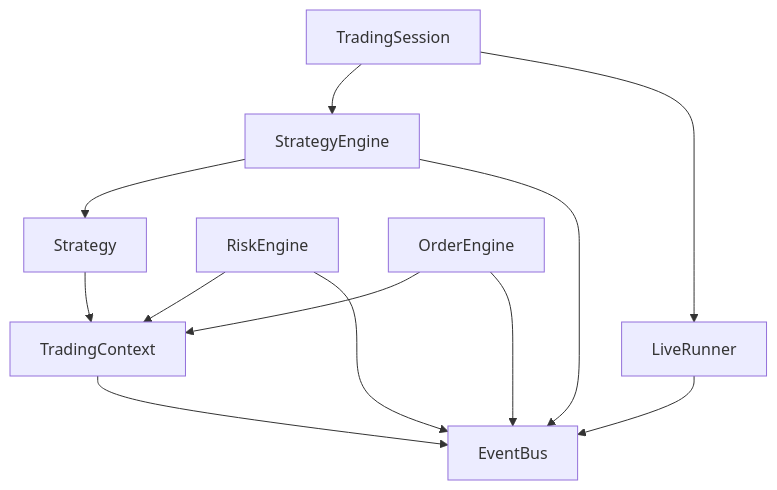
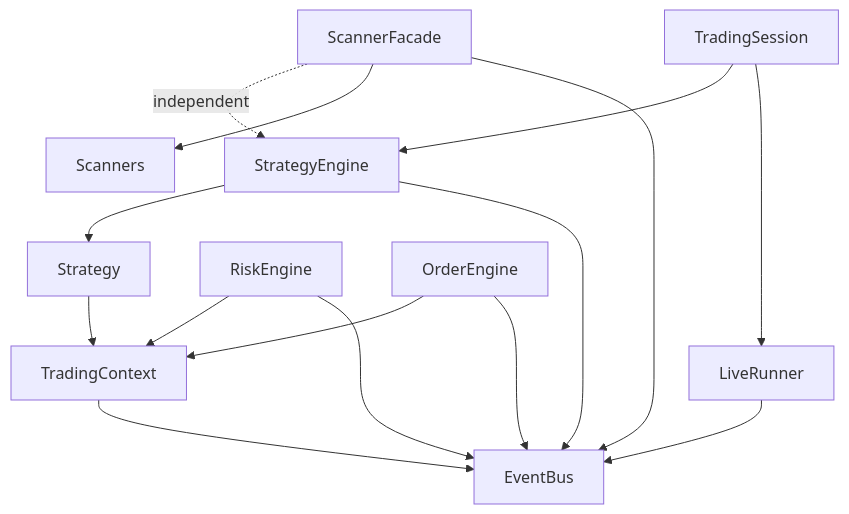
Before and after one commit to Ganesh-Kusundal/nTrade: diagram 11 of 11 in .qoder/repowiki/en/content/Engine Stack/Strategy Engine.md, drawn with Mermaid. The commit also changed other lines of this file and 331 other files, not shown here.

````diff
--- a/.qoder/repowiki/en/content/Engine Stack/Strategy Engine.md
+++ b/.qoder/repowiki/en/content/Engine Stack/Strategy Engine.md
@@ -414,14 +485,17 @@
 ```mermaid
 graph TB
 SE["StrategyEngine"] --> BUS["EventBus"]
 SE --> STRAT["Strategy"]
 RE["RiskEngine"] --> BUS
 OE["OrderEngine"] --> BUS
 LR["LiveRunner"] --> BUS
 TS["TradingSession"] --> LR
 TS --> SE
 CTX["TradingContext"] --> BUS
 STRAT --> CTX
 RE --> CTX
 OE --> CTX
+SF["ScannerFacade"] --> BUS
+SF --> SCAN["Scanners"]
+SF -. independent .-> SE
 ```
````
